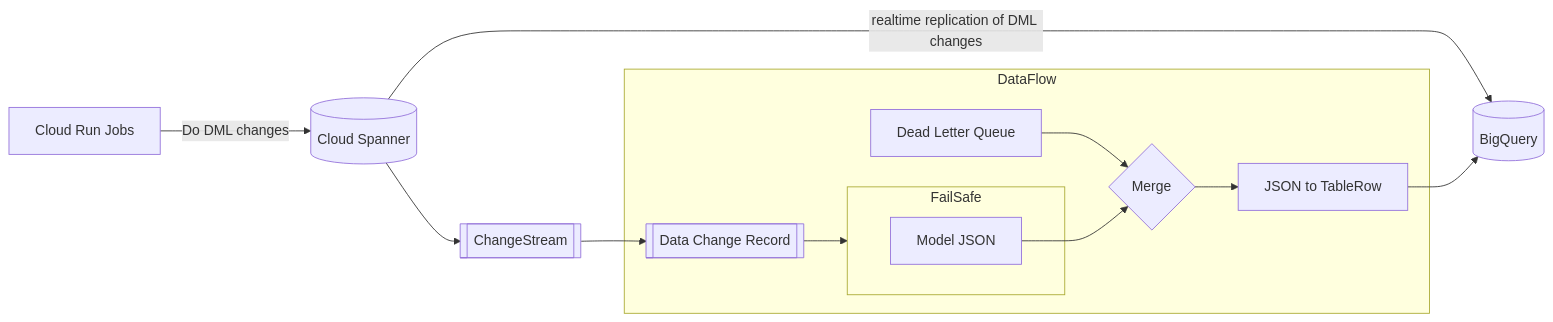
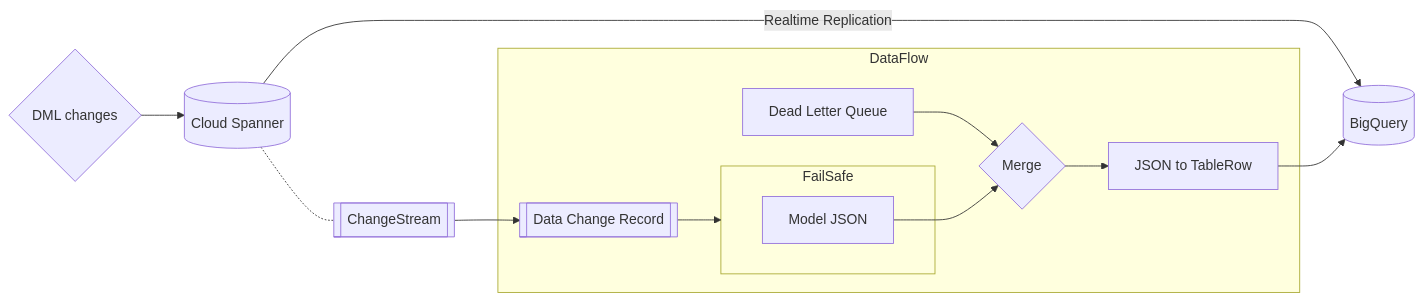
The third of 3 diagrams in README.md (mogranjm/change-streams-poc), drawn with Mermaid before and after one commit. The commit also changed other lines of this file, not shown here.

````diff
--- a/README.md
+++ b/README.md
@@ -54,20 +54,20 @@
 ```mermaid
 flowchart LR
-    CRJ[Cloud Run Jobs] -- Do DML changes --> CS[(Cloud Spanner)] --> ChS[[ChangeStream]] 
-    CS -- realtime replication of DML changes --> BQ
+    DML{DML changes} --> CS[(Cloud Spanner)] -.- ChS[[ChangeStream]] 
+    CS -- Realtime Replication --> BQ
     ChS --> DCR
     
     subgraph DataFlow
         DCR[[Data Change Record]] --> FailSafe
         DLQ[Dead Letter Queue]
     subgraph FailSafe
         ModJS[Model JSON]
     end
     DLQ --> Merge --> TDR[JSON to TableRow]
     end
     
     ModJS --> Merge{Merge}
     
     
     TDR[JSON to TableRow] --> BQ[(BigQuery)]
 ```
````
